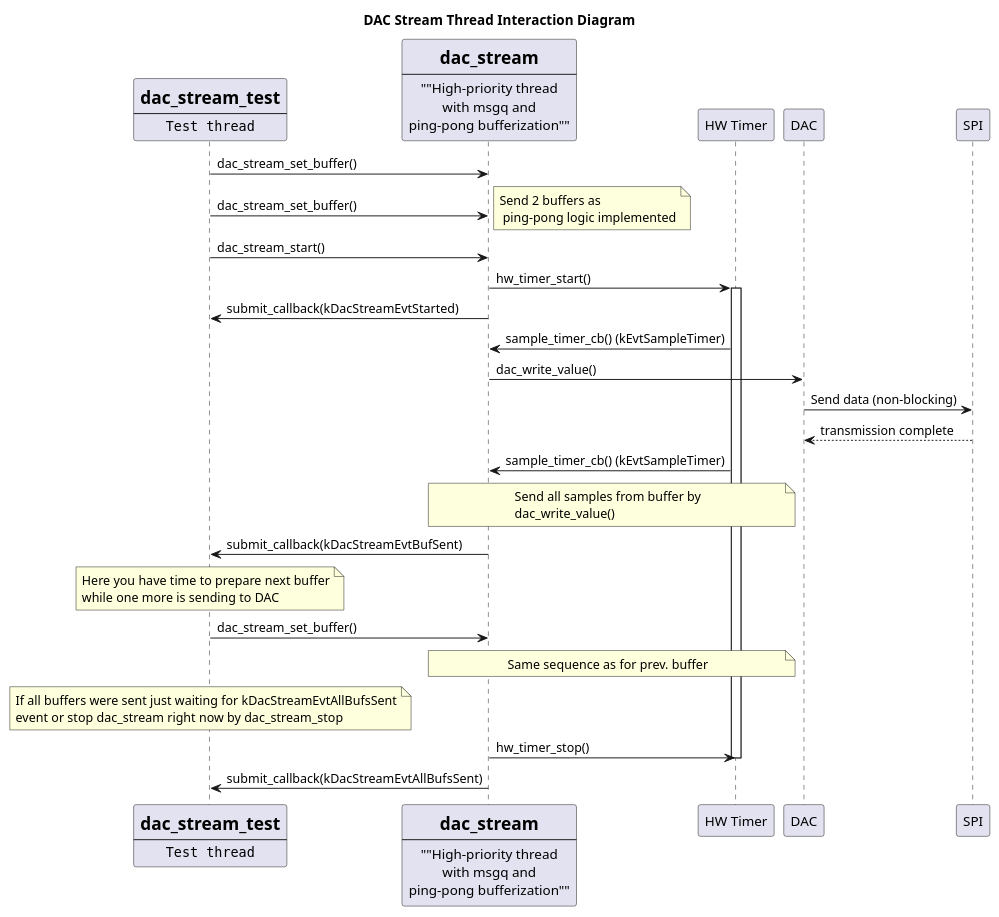
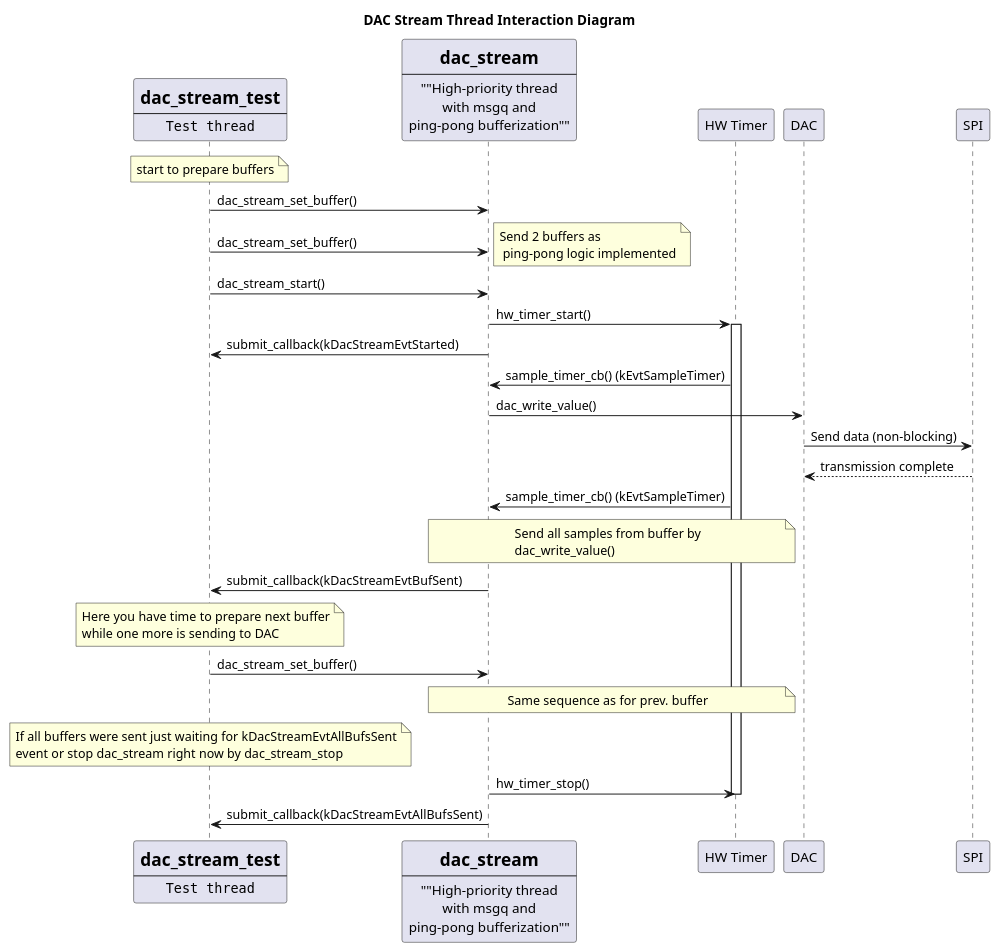
One commit to aleksejshch/puml-rendering-test changed the diagram in docs/dac_stream_test_interaction.puml. Above: the diagram before and after it, drawn with PlantUML.

Commit message:
little change to .puml

```diff
--- a/docs/dac_stream_test_interaction.puml
+++ b/docs/dac_stream_test_interaction.puml
@@ -1,54 +1,57 @@
 @startuml
 title DAC Stream Thread Interaction Diagram
 
 participant TestThread [
 =dac_stream_test
 ----
 ""Test thread""
 ]
 participant StreamThread [
 =dac_stream
 ----
 ""High-priority thread
 with msgq and
 ping-pong bufferization""
 ]
 participant "HW Timer" as Timer
 participant "DAC" as DAC
 participant "SPI" as SPI
 
+note over TestThread
+start to prepare buffers
+end note
 TestThread -> StreamThread : dac_stream_set_buffer()
 TestThread -> StreamThread : dac_stream_set_buffer()
 note right: Send 2 buffers as \n ping-pong logic implemented
 TestThread -> StreamThread : dac_stream_start()
 StreamThread -> Timer : hw_timer_start()
 activate Timer
 StreamThread -> TestThread : submit_callback(kDacStreamEvtStarted)
 Timer -> StreamThread : sample_timer_cb() (kEvtSampleTimer)
 StreamThread -> DAC : dac_write_value()
 DAC -> SPI : Send data (non-blocking)
 SPI --> DAC : transmission complete
 Timer -> StreamThread : sample_timer_cb() (kEvtSampleTimer)
 note over StreamThread, Timer
 Send all samples from buffer by
 dac_write_value()
 end note
 StreamThread -> TestThread : submit_callback(kDacStreamEvtBufSent)
 note over TestThread
 Here you have time to prepare next buffer
 while one more is sending to DAC
 end note
 TestThread -> StreamThread : dac_stream_set_buffer()
 note over StreamThread, Timer
 Same sequence as for prev. buffer
 end note
 note over TestThread
 If all buffers were sent just waiting for kDacStreamEvtAllBufsSent
 event or stop dac_stream right now by dac_stream_stop
 end note
 StreamThread -> Timer : hw_timer_stop()
 deactivate Timer 
 StreamThread -> TestThread : submit_callback(kDacStreamEvtAllBufsSent)
 
 
 @enduml
```
